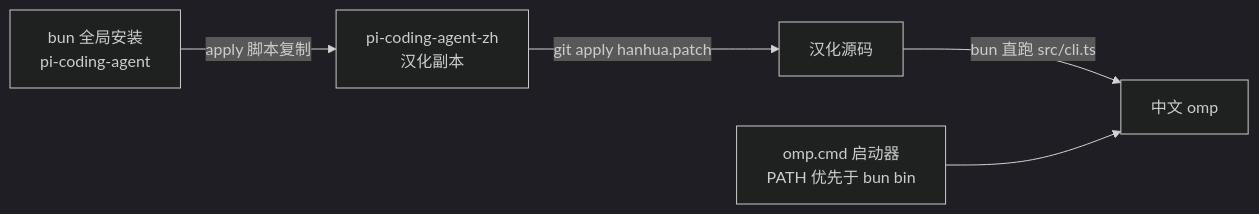
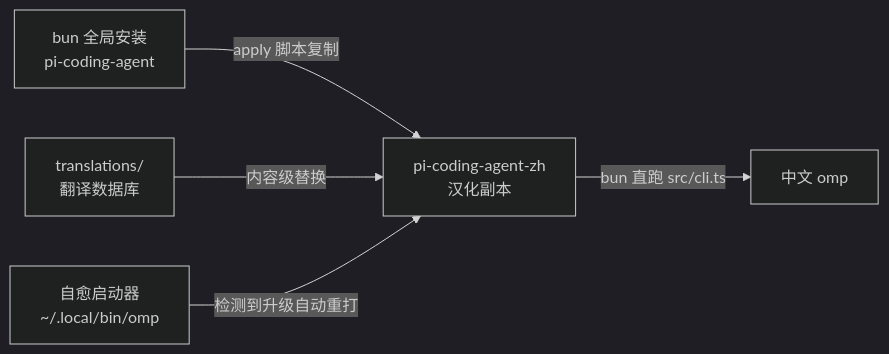
Before and after one commit to tt1bt/oh-my-pi-zh: the diagram in README.md, drawn with Mermaid (dark theme). The commit also changed other lines of this file and 7 other files, not shown here.

````diff
--- a/README.md
+++ b/README.md
@@ -35,7 +20,7 @@
 ```mermaid
 graph LR
     A[bun 全局安装<br/>pi-coding-agent] -->|apply 脚本复制| B[pi-coding-agent-zh<br/>汉化副本]
-    B -->|git apply hanhua.patch| C[汉化源码]
-    C -->|bun 直跑 src/cli.ts| D[中文 omp]
-    E[omp.cmd 启动器<br/>PATH 优先于 bun bin] --> D
+    C[translations/<br/>翻译数据库] -->|内容级替换| B
+    B -->|bun 直跑 src/cli.ts| D[中文 omp]
+    E[自愈启动器<br/>~/.local/bin/omp] -->|检测到升级自动重打| B
 ```
````
